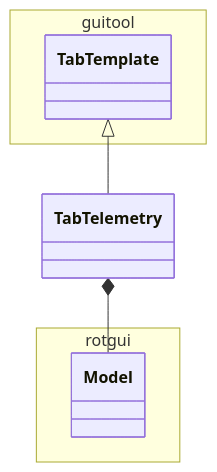
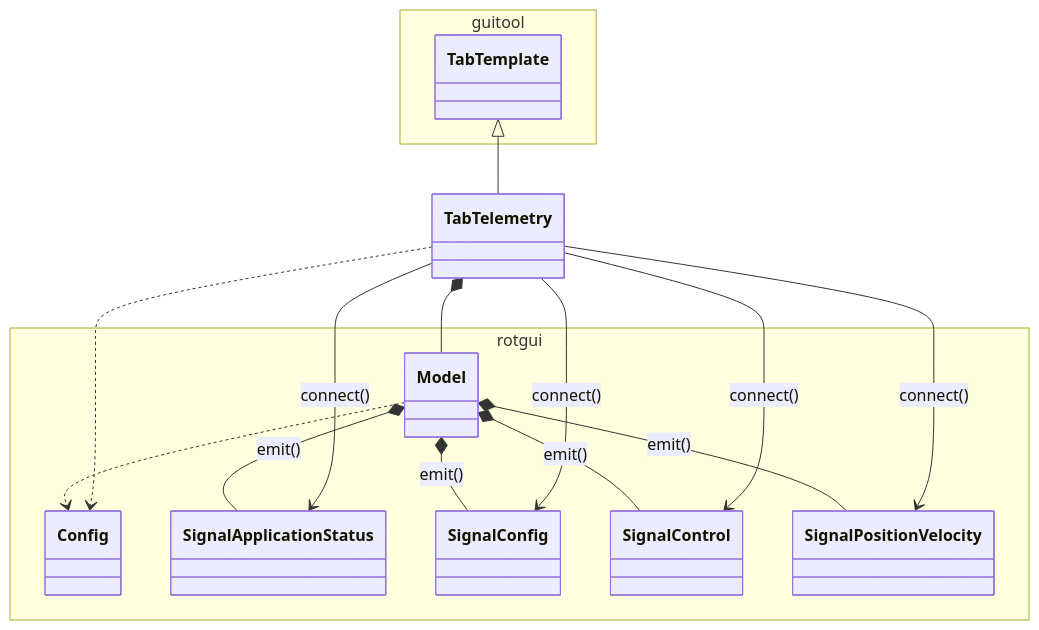
Before and after one commit to lsst-ts/ts_rotgui: the diagram in doc/uml/tab/class_tab_telemetry.mmd, drawn with Mermaid. The commit also changed 6 other files, not shown here.

```diff
--- a/doc/uml/tab/class_tab_telemetry.mmd
+++ b/doc/uml/tab/class_tab_telemetry.mmd
@@ -1,13 +1,29 @@
 classDiagram
 
 namespace guitool {
   class TabTemplate
 }
 
 namespace rotgui {
   class Model
+  class Config
+  class SignalApplicationStatus
+  class SignalConfig
+  class SignalControl
+  class SignalPositionVelocity
 }
+
+Model ..> Config
+Model *-- SignalApplicationStatus : emit()
+Model *-- SignalConfig : emit()
+Model *-- SignalControl : emit()
+Model *-- SignalPositionVelocity : emit()
 
 TabTemplate <|-- TabTelemetry
 
 TabTelemetry *-- Model
+TabTelemetry ..> Config
+TabTelemetry --> SignalApplicationStatus : connect()
+TabTelemetry --> SignalConfig : connect()
+TabTelemetry --> SignalControl : connect()
+TabTelemetry --> SignalPositionVelocity : connect()
```
